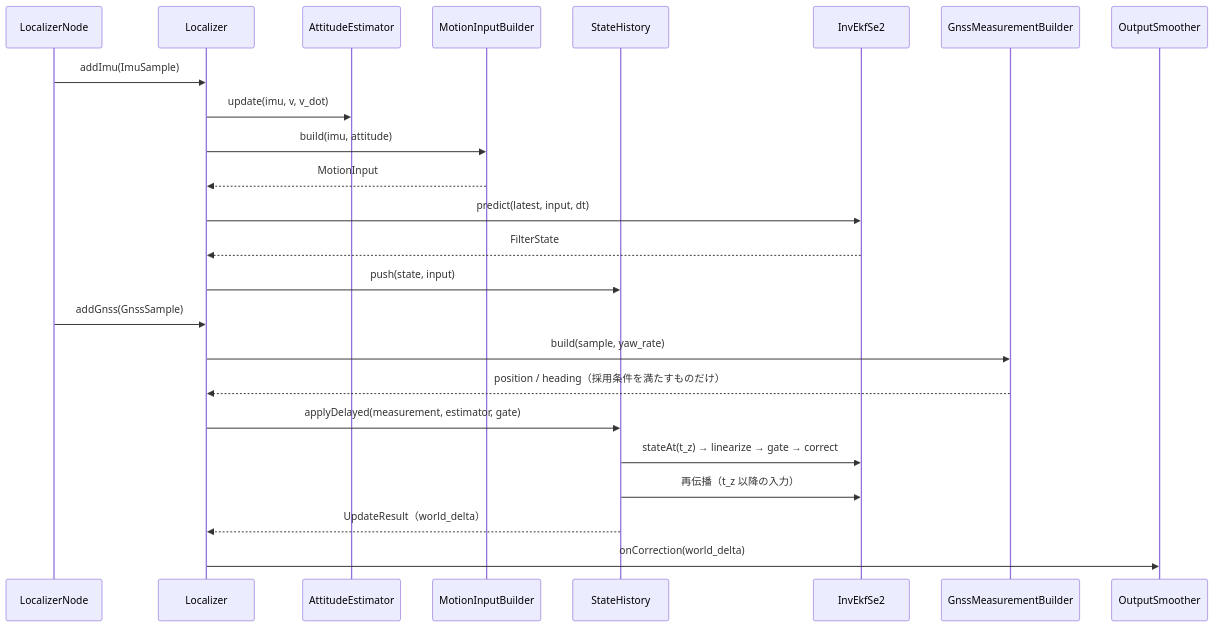
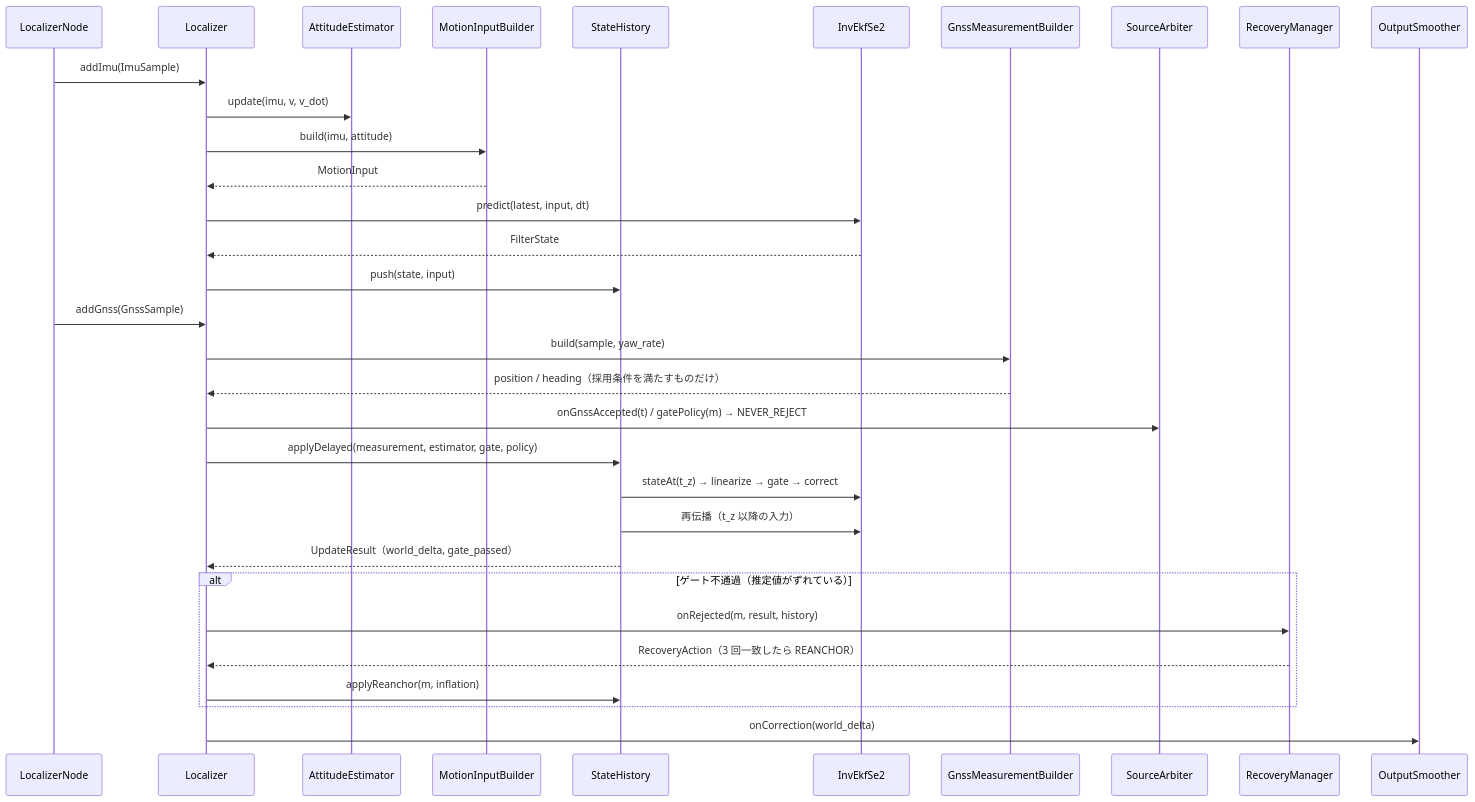
The tenth of 12 diagrams in docs/architecture.md (mamoru1126/gnss_and_lidar_localization), drawn with Mermaid before and after one commit. The commit also changed other lines of this file and 1 other file, not shown here.

First line of the commit message:
docs: GNSS/LiDAR の優先度・食い違い判定・復帰を追加（設計書 v0.4）

````diff
--- a/docs/architecture.md
+++ b/docs/architecture.md
@@ -763,28 +844,36 @@
 ```mermaid
 sequenceDiagram
   participant N as LocalizerNode
   participant L as Localizer
   participant A as AttitudeEstimator
   participant M as MotionInputBuilder
   participant H as StateHistory
   participant E as InvEkfSe2
   participant G as GnssMeasurementBuilder
+  participant AR as SourceArbiter
+  participant RC as RecoveryManager
   participant S as OutputSmoother
 
   N->>L: addImu(ImuSample)
   L->>A: update(imu, v, v_dot)
   L->>M: build(imu, attitude)
   M-->>L: MotionInput
   L->>E: predict(latest, input, dt)
   E-->>L: FilterState
   L->>H: push(state, input)
 
   N->>L: addGnss(GnssSample)
   L->>G: build(sample, yaw_rate)
   G-->>L: position / heading（採用条件を満たすものだけ）
-  L->>H: applyDelayed(measurement, estimator, gate)
+  L->>AR: onGnssAccepted(t) / gatePolicy(m) → NEVER_REJECT
+  L->>H: applyDelayed(measurement, estimator, gate, policy)
   H->>E: stateAt(t_z) → linearize → gate → correct
   H->>E: 再伝播（t_z 以降の入力）
-  H-->>L: UpdateResult（world_delta）
+  H-->>L: UpdateResult（world_delta, gate_passed）
+  alt ゲート不通過（推定値がずれている）
+    L->>RC: onRejected(m, result, history)
+    RC-->>L: RecoveryAction（3 回一致したら REANCHOR）
+    L->>H: applyReanchor(m, inflation)
+  end
   L->>S: onCorrection(world_delta)
 ```
````
